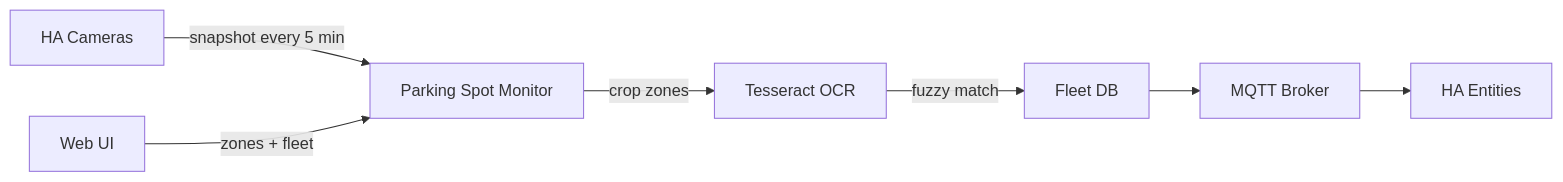
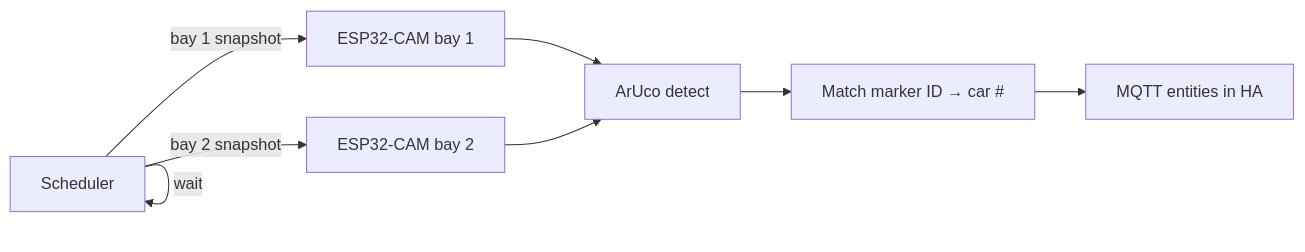
Before and after one commit to devilmastah/parking_spot_monitor: the diagram in README.md, drawn with Mermaid. The commit also changed other lines of this file and 16 other files, not shown here.

First line of the commit message:
v2.0: ESP32-CAM per bay with sequential ArUco detection.

````diff
--- a/README.md
+++ b/README.md
@@ -21,9 +7,10 @@
 ```mermaid
 flowchart LR
-  HA[HA Cameras] -->|snapshot every 5 min| APP[Parking Spot Monitor]
-  APP -->|crop zones| OCR[Tesseract OCR]
-  OCR -->|fuzzy match| FLEET[Fleet DB]
-  FLEET --> MQTT[MQTT Broker]
-  MQTT --> ENT[HA Entities]
-  UI[Web UI] -->|zones + fleet| APP
+  A[Scheduler] -->|bay 1 snapshot| CAM1[ESP32-CAM bay 1]
+  A -->|wait| A
+  A -->|bay 2 snapshot| CAM2[ESP32-CAM bay 2]
+  CAM1 --> ARU[ArUco detect]
+  CAM2 --> ARU
+  ARU --> FLEET[Match marker ID → car #]
+  FLEET --> MQTT[MQTT entities in HA]
 ```
````
